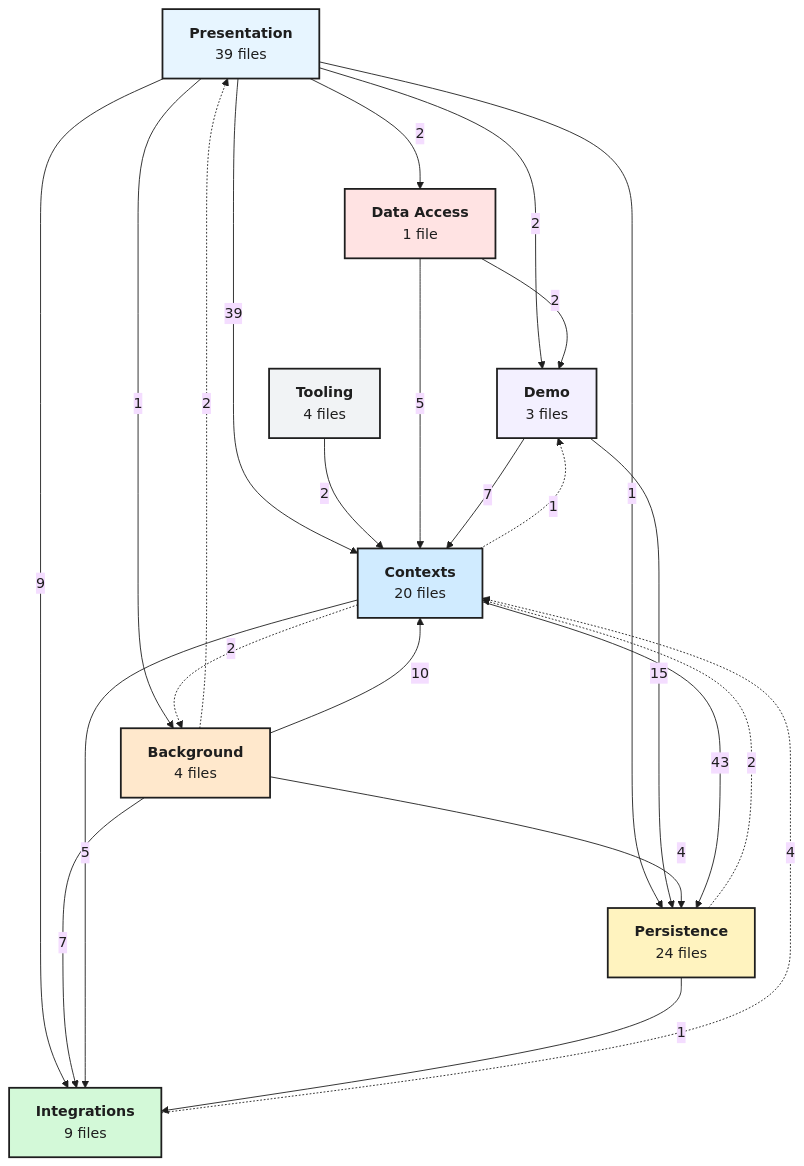
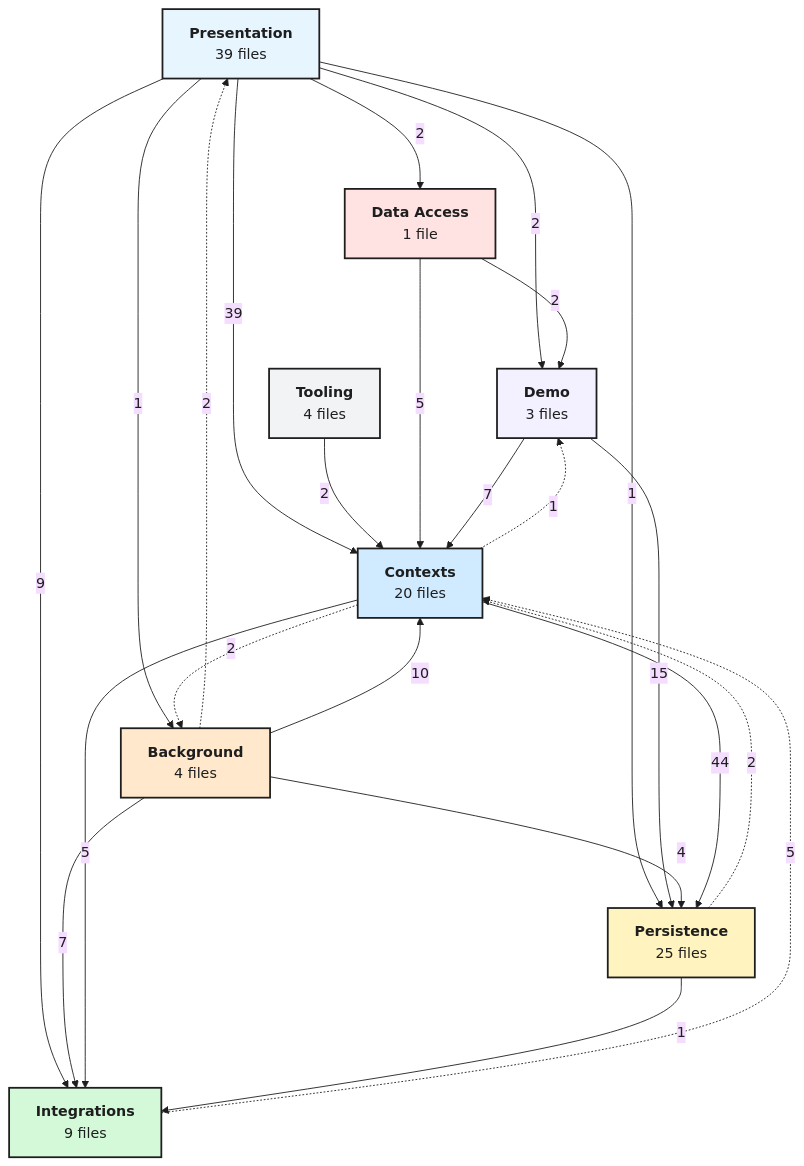
One commit to sudo-adduser-jordan/tripwire changed the second of 2 diagrams in docs/architecture.md. Above: the diagram before and after it, drawn with Mermaid. The commit also changed other lines of this file and 39 other files, not shown here.

````diff
--- a/docs/architecture.md
+++ b/docs/architecture.md
@@ -74,42 +74,42 @@
 ```mermaid
 %%{init: {"theme": "base", "flowchart": {"curve": "basis", "nodeSpacing": 60, "rankSpacing": 100, "wrappingWidth": 200}, "themeVariables": {"fontFamily": "sans-serif", "lineColor": "#1e1e1e", "primaryTextColor": "#1e1e1e"}}}%%
 flowchart TD
   presentation["<b>Presentation</b><br/>39 files"]:::blue
   tooling["<b>Tooling</b><br/>4 files"]:::gray
   data_access["<b>Data Access</b><br/>1 file"]:::rose
   demo["<b>Demo</b><br/>3 files"]:::violet
   background["<b>Background</b><br/>4 files"]:::orange
   contexts["<b>Contexts</b><br/>20 files"]:::cyan
-  persistence["<b>Persistence</b><br/>24 files"]:::yellow
+  persistence["<b>Persistence</b><br/>25 files"]:::yellow
   integrations["<b>Integrations</b><br/>9 files"]:::green
   presentation -->|2| data_access
   presentation -->|2| demo
   presentation -->|1| background
   presentation -->|39| contexts
   presentation -->|1| persistence
   presentation -->|9| integrations
   tooling -->|2| contexts
   data_access -->|2| demo
   data_access -->|5| contexts
   demo -->|7| contexts
   demo -->|15| persistence
   background -.->|2| presentation
   background -->|10| contexts
   background -->|4| persistence
   background -->|7| integrations
   contexts -.->|1| demo
   contexts -.->|2| background
-  contexts -->|43| persistence
+  contexts -->|44| persistence
   contexts -->|5| integrations
   persistence -.->|2| contexts
   persistence -->|1| integrations
-  integrations -.->|4| contexts
+  integrations -.->|5| contexts
   classDef blue fill:#e7f5ff,stroke:#1e1e1e,stroke-width:2px,color:#1e1e1e
   classDef gray fill:#f1f3f5,stroke:#1e1e1e,stroke-width:2px,color:#1e1e1e
   classDef rose fill:#ffe3e3,stroke:#1e1e1e,stroke-width:2px,color:#1e1e1e
   classDef violet fill:#f3f0ff,stroke:#1e1e1e,stroke-width:2px,color:#1e1e1e
   classDef orange fill:#ffe8cc,stroke:#1e1e1e,stroke-width:2px,color:#1e1e1e
   classDef cyan fill:#d0ebff,stroke:#1e1e1e,stroke-width:2px,color:#1e1e1e
   classDef yellow fill:#fff3bf,stroke:#1e1e1e,stroke-width:2px,color:#1e1e1e
   classDef green fill:#d3f9d8,stroke:#1e1e1e,stroke-width:2px,color:#1e1e1e
 ```
````
